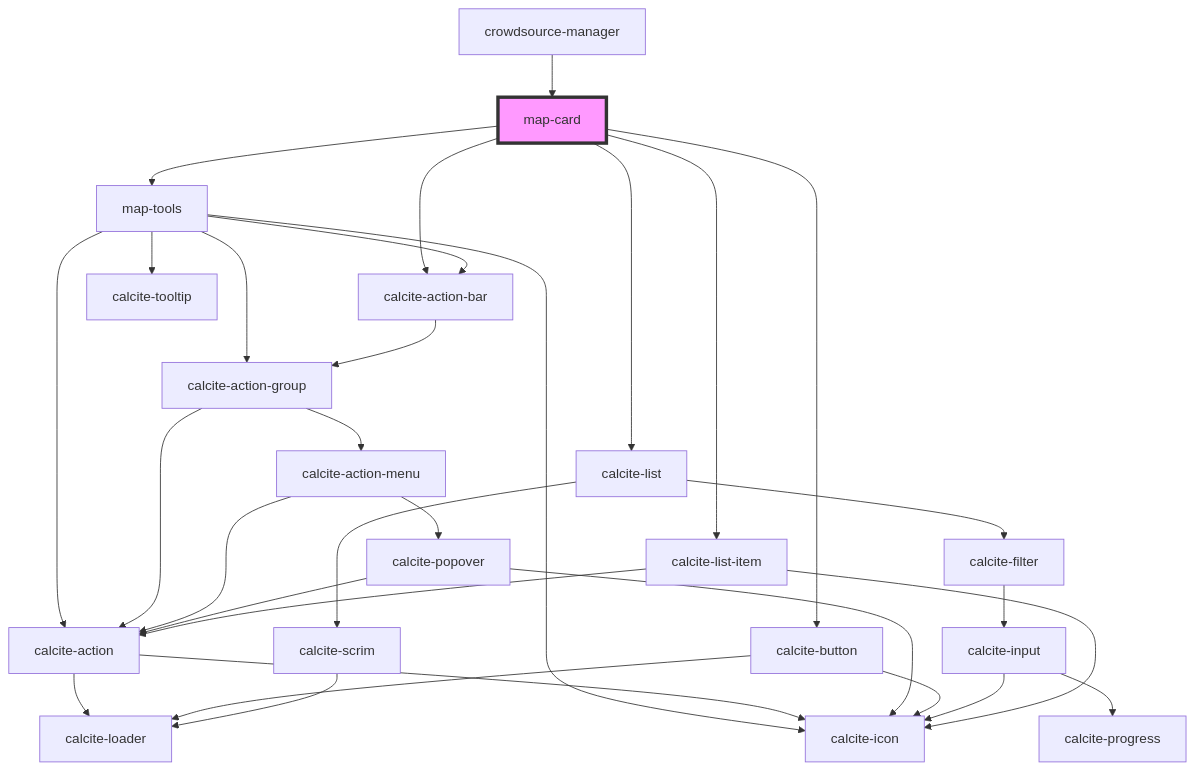
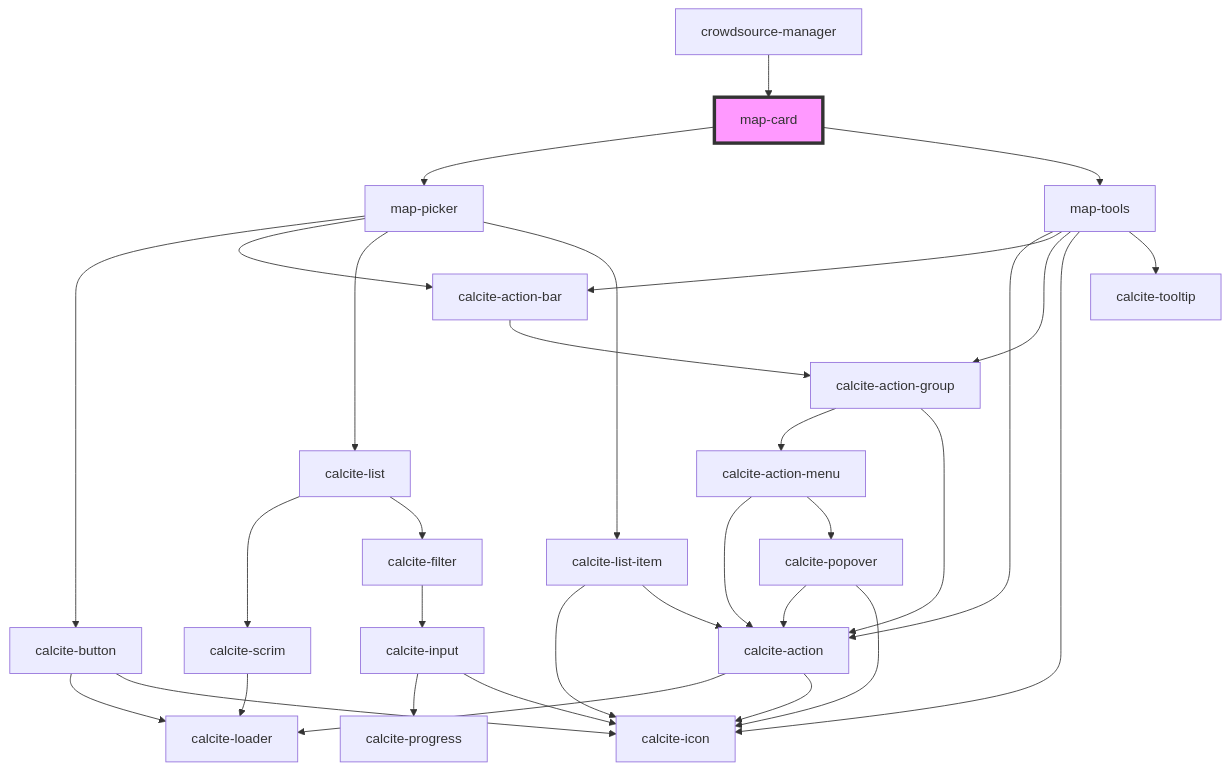
The diagram in src/components/map-card/readme.md (Esri/solutions-components), drawn with Mermaid before and after one commit. The commit also changed other lines of this file and 9 other files, not shown here.

Commit message:
move map picker to standalone component

````diff
--- a/src/components/map-card/readme.md
+++ b/src/components/map-card/readme.md
@@ -38,34 +35,35 @@
 ```mermaid
 graph TD;
+  map-card --> map-picker
   map-card --> map-tools
-  map-card --> calcite-action-bar
-  map-card --> calcite-button
-  map-card --> calcite-list
-  map-card --> calcite-list-item
-  map-tools --> calcite-action
-  map-tools --> calcite-action-bar
-  map-tools --> calcite-action-group
-  map-tools --> calcite-icon
-  map-tools --> calcite-tooltip
-  calcite-action --> calcite-loader
-  calcite-action --> calcite-icon
+  map-picker --> calcite-button
+  map-picker --> calcite-action-bar
+  map-picker --> calcite-list
+  map-picker --> calcite-list-item
+  calcite-button --> calcite-loader
+  calcite-button --> calcite-icon
   calcite-action-bar --> calcite-action-group
   calcite-action-group --> calcite-action-menu
   calcite-action-group --> calcite-action
   calcite-action-menu --> calcite-action
   calcite-action-menu --> calcite-popover
+  calcite-action --> calcite-loader
+  calcite-action --> calcite-icon
   calcite-popover --> calcite-action
   calcite-popover --> calcite-icon
-  calcite-button --> calcite-loader
-  calcite-button --> calcite-icon
   calcite-list --> calcite-scrim
   calcite-list --> calcite-filter
   calcite-scrim --> calcite-loader
   calcite-filter --> calcite-input
   calcite-input --> calcite-progress
   calcite-input --> calcite-icon
   calcite-list-item --> calcite-icon
   calcite-list-item --> calcite-action
+  map-tools --> calcite-action
+  map-tools --> calcite-action-bar
+  map-tools --> calcite-action-group
+  map-tools --> calcite-icon
+  map-tools --> calcite-tooltip
   crowdsource-manager --> map-card
   style map-card fill:#f9f,stroke:#333,stroke-width:4px
 ```
````
